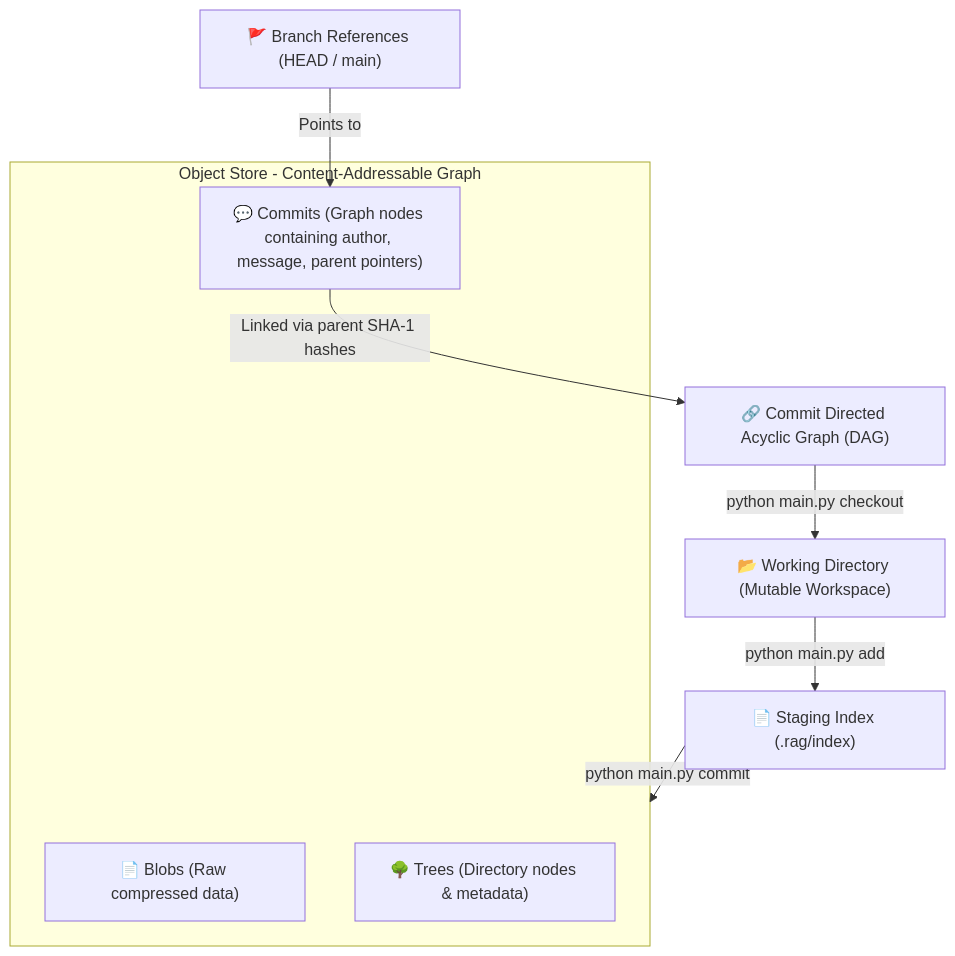
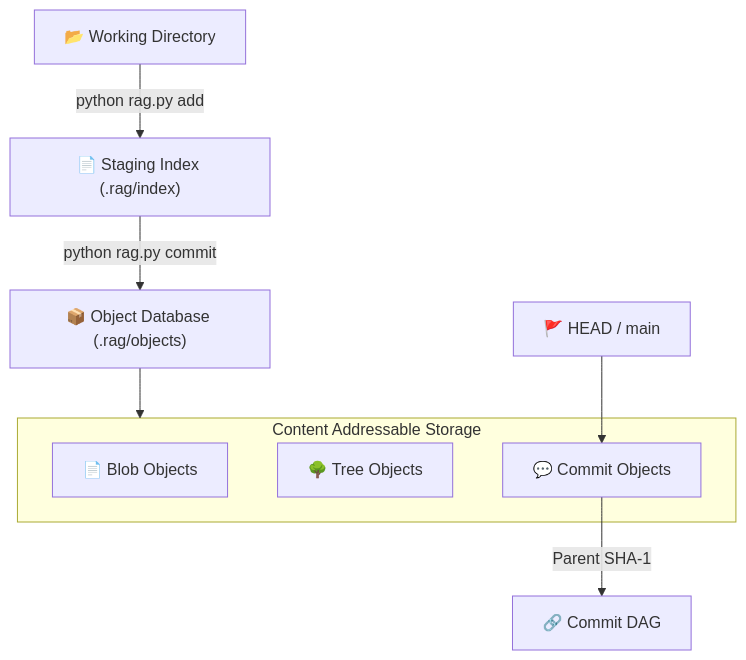
Before and after one commit to Aditya-233/RAG: the diagram in README.md, drawn with Mermaid. The commit also changed other lines of this file and 6 other files, not shown here.

````diff
--- a/README.md
+++ b/README.md
@@ -18,15 +16,15 @@
 ```mermaid
 graph TD
-    WD["📂 Working Directory (Mutable Workspace)"] -->|python main.py add| Staging["📄 Staging Index (.rag/index)"]
-    Staging -->|python main.py commit| Objects["📦 Object Database (.rag/objects)"]
+    WD["📂 Working Directory"] -->|python rag.py add| INDEX["📄 Staging Index (.rag/index)"]
+    INDEX -->|python rag.py commit| OBJECTS["📦 Object Database (.rag/objects)"]
 
-    subgraph Objects [Object Store - Content-Addressable Graph]
-        Blob["📄 Blobs (Raw compressed data)"]
-        Tree["🌳 Trees (Directory nodes & metadata)"]
-        Commit["💬 Commits (Graph nodes containing author, message, parent pointers)"]
+    subgraph STORE [Content Addressable Storage]
+        BLOB["📄 Blob Objects"]
+        TREE["🌳 Tree Objects"]
+        COMMIT["💬 Commit Objects"]
     end
 
-    Commit -->|Linked via parent SHA-1 hashes| DAG["🔗 Commit Directed Acyclic Graph (DAG)"]
-    Refs["🚩 Branch References (HEAD / main)"] -->|Points to| Commit
-    DAG -->|python main.py checkout| WD
+    OBJECTS --> STORE
+    COMMIT -->|Parent SHA-1| DAG["🔗 Commit DAG"]
+    REFS["🚩 HEAD / main"] --> COMMIT
 ```
````
